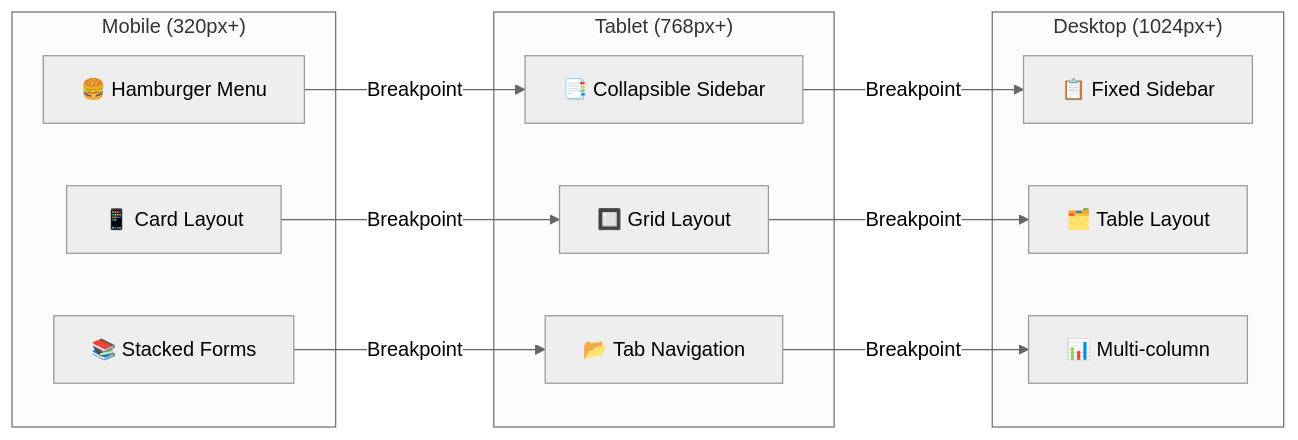
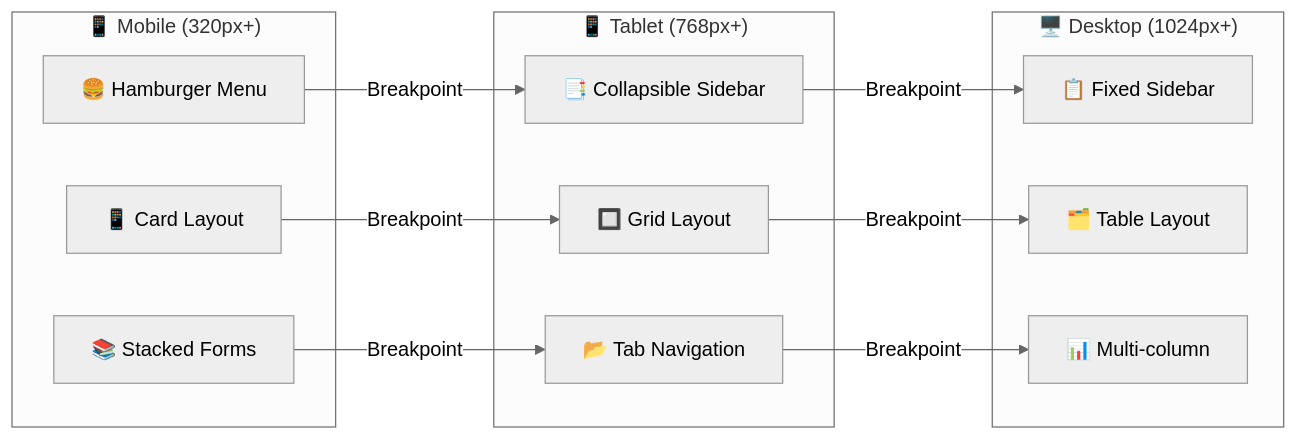
Before and after one commit to miguelfiguera/Propuesta-web-mariano: the second of 6 diagrams in diagramas/arquitectura-frontend.md, drawn with Mermaid (neutral theme). The commit also changed other lines of this file and 3 other files, not shown here.

First line of the commit message:
Consolidate documentation and finalize Mermaid diagrams

````diff
--- a/diagramas/arquitectura-frontend.md
+++ b/diagramas/arquitectura-frontend.md
@@ -66,28 +66,28 @@
 ```mermaid
 graph LR
-    subgraph "Mobile (320px+)"
+    subgraph Mobile["📱 Mobile (320px+)"]
         MobileNav[🍔 Hamburger Menu]
         MobileCards[📱 Card Layout]
         MobileStack[📚 Stacked Forms]
     end
     
-    subgraph "Tablet (768px+)"
+    subgraph Tablet["📱 Tablet (768px+)"]
         TabletSidebar[📑 Collapsible Sidebar]
         TabletGrid[🔲 Grid Layout]
         TabletTabs[📂 Tab Navigation]
     end
     
-    subgraph "Desktop (1024px+)"
+    subgraph Desktop["🖥️ Desktop (1024px+)"]
         DesktopSidebar[📋 Fixed Sidebar]
         DesktopTable[🗂️ Table Layout]
         DesktopMultiColumn[📊 Multi-column]
     end
     
     MobileNav -->|Breakpoint| TabletSidebar
     MobileCards -->|Breakpoint| TabletGrid
     MobileStack -->|Breakpoint| TabletTabs
     
     TabletSidebar -->|Breakpoint| DesktopSidebar
     TabletGrid -->|Breakpoint| DesktopTable
     TabletTabs -->|Breakpoint| DesktopMultiColumn
 ```
````
